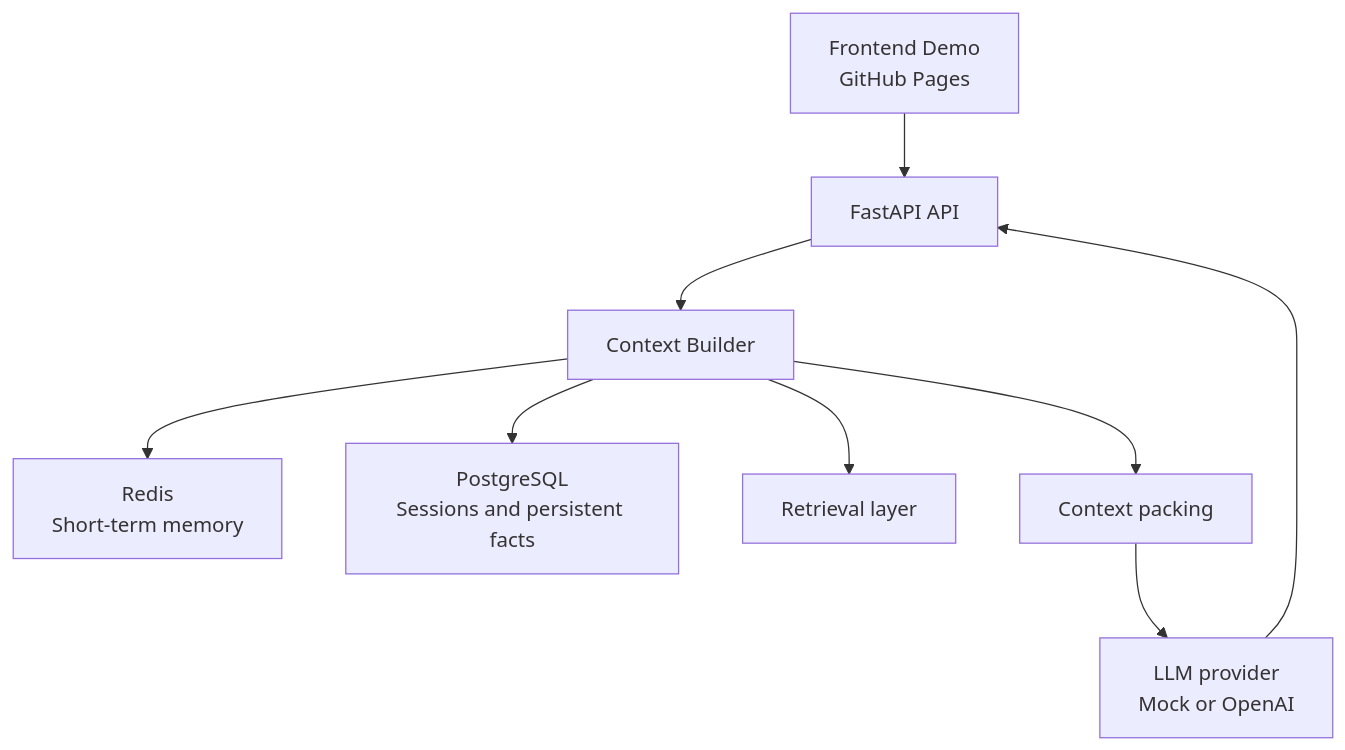
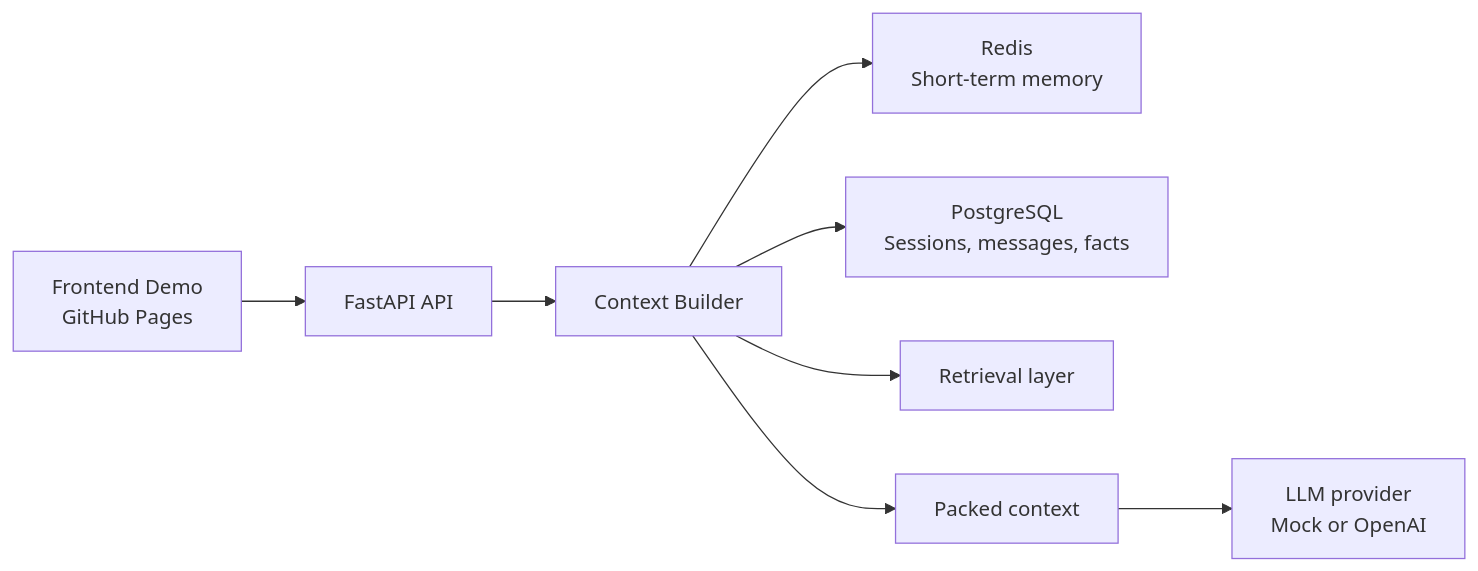
The diagram in README.md (TheEseg/context-weave), drawn with Mermaid before and after one commit. The commit also changed other lines of this file and 1 other file, not shown here.

Commit message:
Refine README structure, architecture, and product positioning

````diff
--- a/README.md
+++ b/README.md
@@ -59,11 +65,10 @@
 ```mermaid
-flowchart TD
+flowchart LR
     A["Frontend Demo<br/>GitHub Pages"] --> B["FastAPI API"]
     B --> C["Context Builder"]
     C --> D["Redis<br/>Short-term memory"]
-    C --> E["PostgreSQL<br/>Sessions and persistent facts"]
+    C --> E["PostgreSQL<br/>Sessions, messages, facts"]
     C --> F["Retrieval layer"]
-    C --> G["Context packing"]
+    C --> G["Packed context"]
     G --> H["LLM provider<br/>Mock or OpenAI"]
-    H --> B
 ```
````
